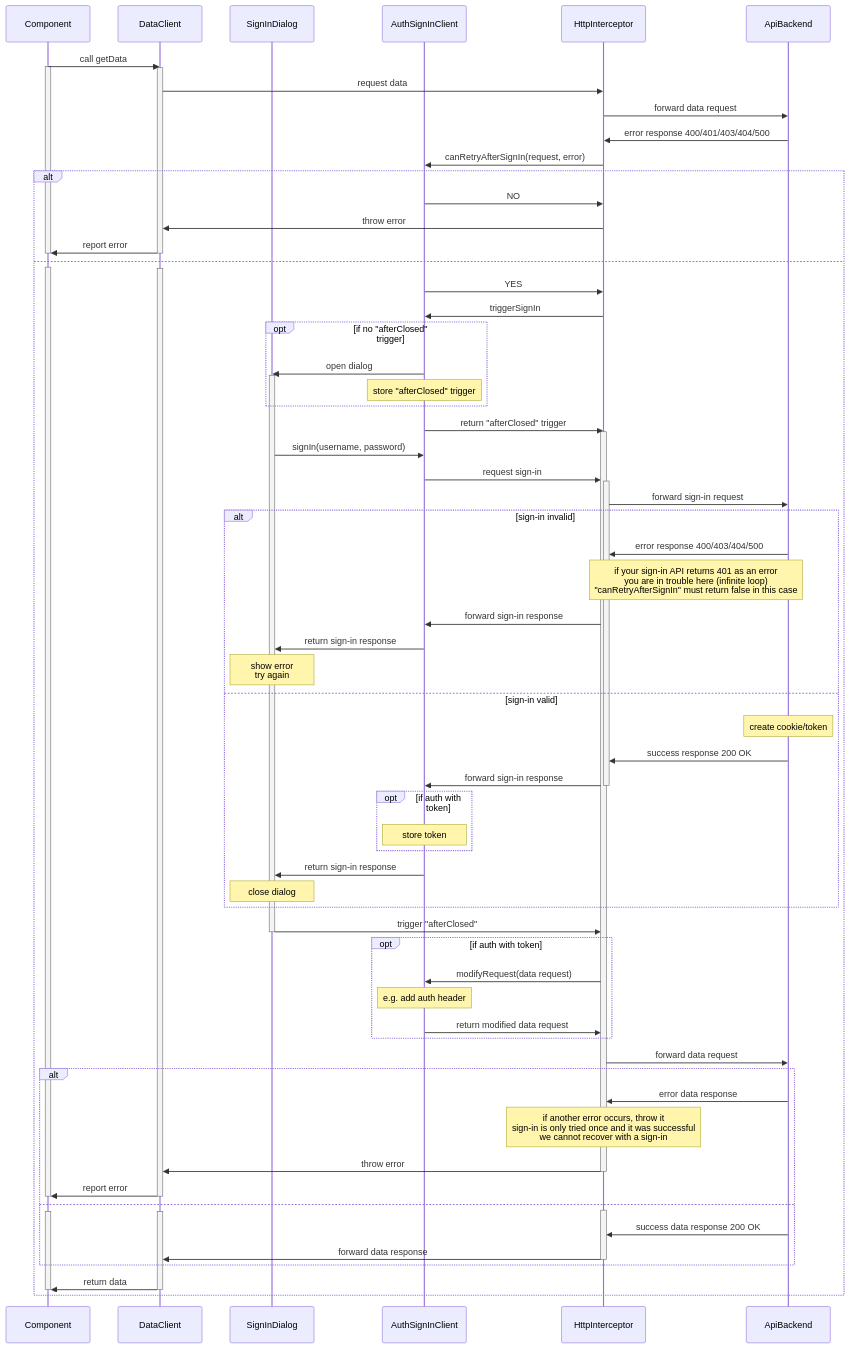
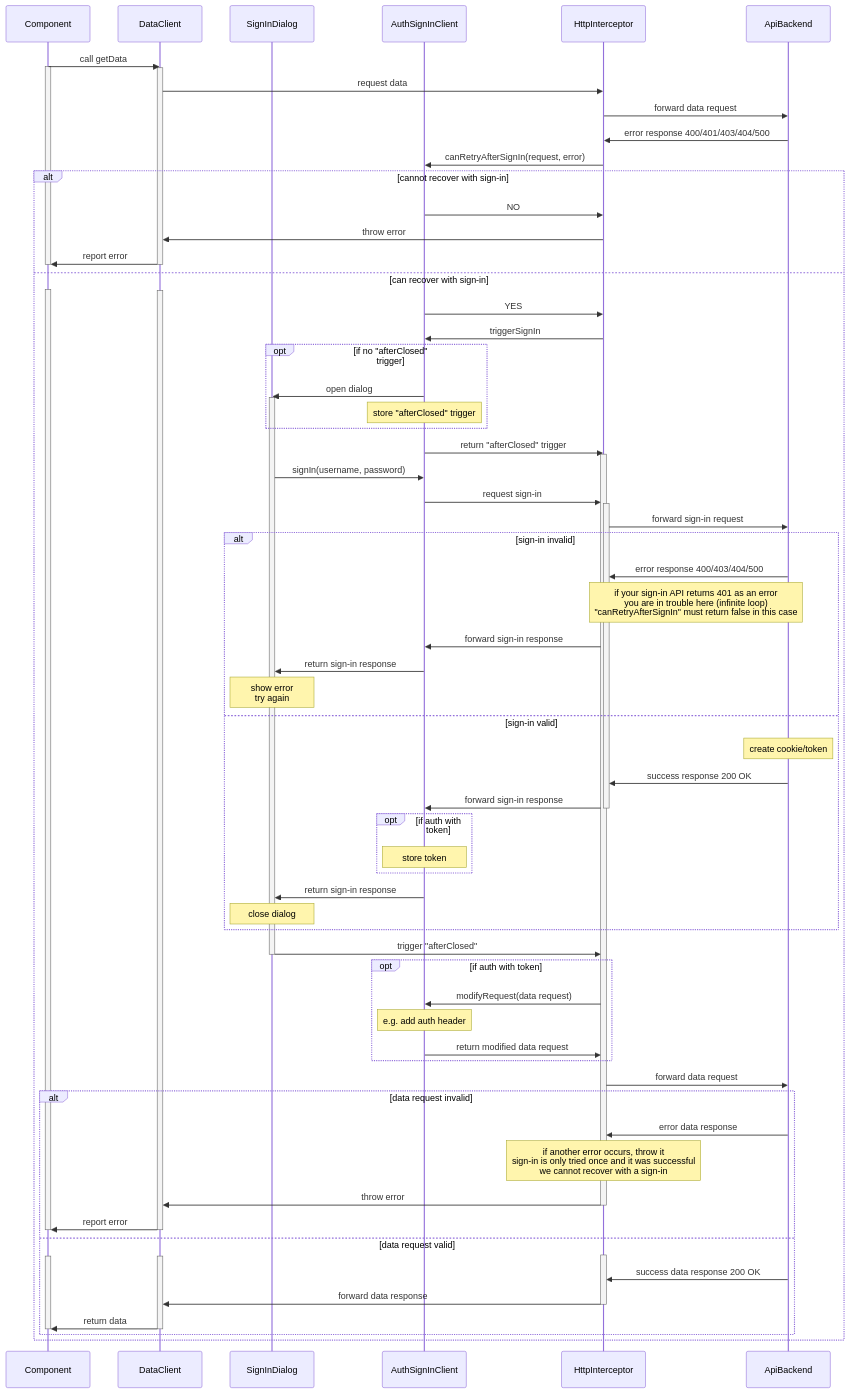
Before and after one commit to flens-dev/modern-angular: the diagram in libs/tools/auth/README.md, drawn with Mermaid.

Commit message:
tools/auth - refine documentation

````diff
--- a/libs/tools/auth/README.md
+++ b/libs/tools/auth/README.md
@@ -44,13 +44,13 @@
   HI->>B: forward data request
   B->>HI: error response 400/401/403/404/500
   HI->>SC: canRetryAfterSignIn(request, error)
-  alt
+  alt cannot recover with sign-in
     SC->>HI: NO
     HI->>DC: throw error
     DC->>C: report error
     deactivate DC
     deactivate C
-  else
+  else can recover with sign-in
     activate C
     activate DC
     SC->>HI:YES
@@ -91,7 +91,7 @@
       SC->>HI: return modified data request
     end
     HI->>B: forward data request
-    alt
+    alt data request invalid
       B->>HI: error data response
       Note over HI: if another error occurs, throw it<br />sign-in is only tried once and it was successful<br />we cannot recover with a sign-in
       HI->>DC: throw error
@@ -99,16 +99,16 @@
       DC->>C: report error
       deactivate DC
       deactivate C
-    else
+    else data request valid
       activate HI
       activate C
       activate DC
       B->>HI: success data response 200 OK
       HI->>DC: forward data response
       deactivate HI
+      DC->>C: return data
+      deactivate DC
+      deactivate C
     end
-    DC->>C: return data
-    deactivate DC
-    deactivate C
   end
 ```
````
